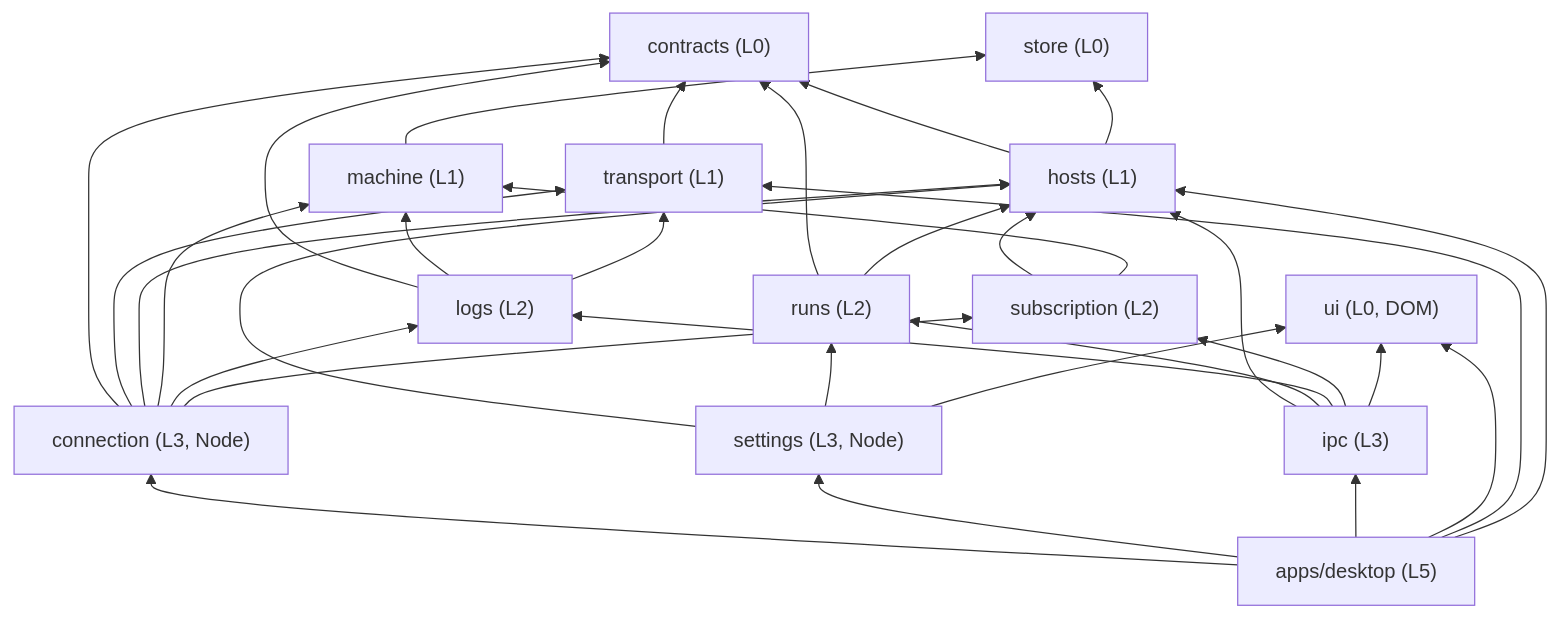
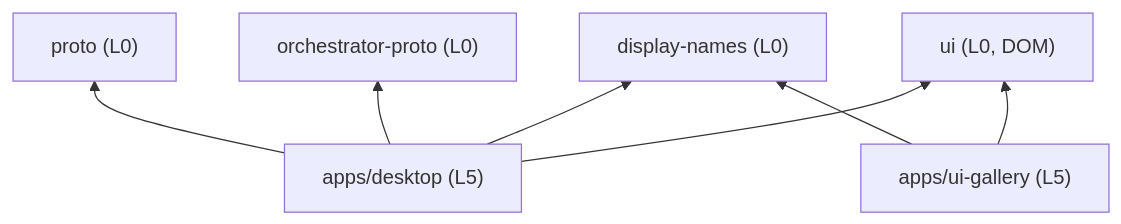
The diagram in docs/contributing/clients-architecture.md (uw-syfi/vibesys), drawn with Mermaid before and after one commit. The commit also changed other lines of this file and 441 other files, not shown here.

````diff
--- a/docs/contributing/clients-architecture.md
+++ b/docs/contributing/clients-architecture.md
@@ -81,16 +66,9 @@
 ```mermaid
 flowchart BT
-  contracts["contracts (L0)"]
+  proto["proto (L0)"]
+  orchestrator["orchestrator-proto (L0)"]
+  names["display-names (L0)"]
   ui["ui (L0, DOM)"]
-  store["store (L0)"]
-  transport["transport (L1)"] --> contracts
-  hosts["hosts (L1)"] --> contracts & store
-  runs["runs (L2)"] --> contracts & hosts
-  machine["machine (L1)"] --> store
-  logs["logs (L2)"] --> contracts & machine & transport
-  subscription["subscription (L2)"] --> hosts & machine
-  ipc["ipc (L3)"] --> hosts & runs & logs & subscription & ui
-  connection["connection (L3, Node)"] --> contracts & transport & hosts & machine & logs & subscription
-  settings["settings (L3, Node)"] --> hosts & runs & ui
-  desktop["apps/desktop (L5)"] --> connection & settings & ipc & ui & transport & hosts
+  desktop["apps/desktop (L5)"] --> proto & orchestrator & names & ui
+  gallery["apps/ui-gallery (L5)"] --> names & ui
 ```
````
